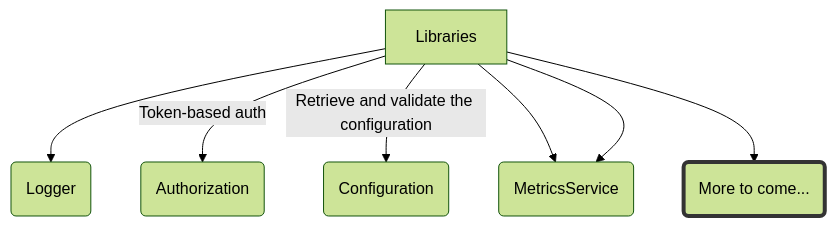
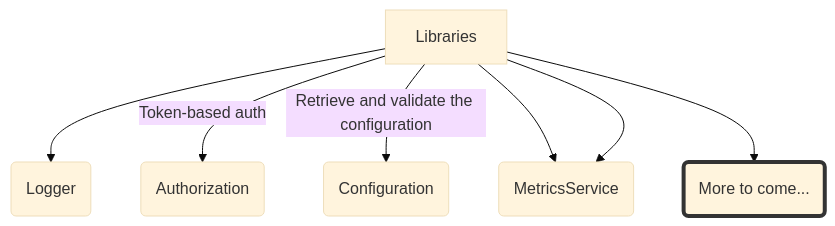
Before and after one commit to practicajs/practica: the fourth of 4 diagrams in docs/docs/contribution/contribution-long-guide.md, drawn with Mermaid.

````diff
--- a/docs/docs/contribution/contribution-long-guide.md
+++ b/docs/docs/contribution/contribution-long-guide.md
@@ -113,11 +113,11 @@
 ```mermaid
-%%{init: {'theme': 'forest', 'themeVariables': { 'darkMode':'true', 'primaryColor': '#ff0000', 'fontWeight': 'bold', 'fontFamily': 'comfortaa, Roboto'}}}%%
+%%{init: {'theme': 'base', 'themeVariables': { 'fontWeight': 'bold', 'fontFamily': 'comfortaa, Roboto'}}}%%
 graph
       A[Libraries] --> B(Logger)
       A[Libraries] --> |Token-based auth| C(Authorization)
       A[Libraries] --> |Retrieve and validate the configuration| D(Configuration)
       A[Libraries] -->  E(Error handler)
       A[Libraries] -->  E(MetricsService)
       A[Libraries] --> Z(More to come...)
       style Z stroke:#333,stroke-width:4px
 ```
````
